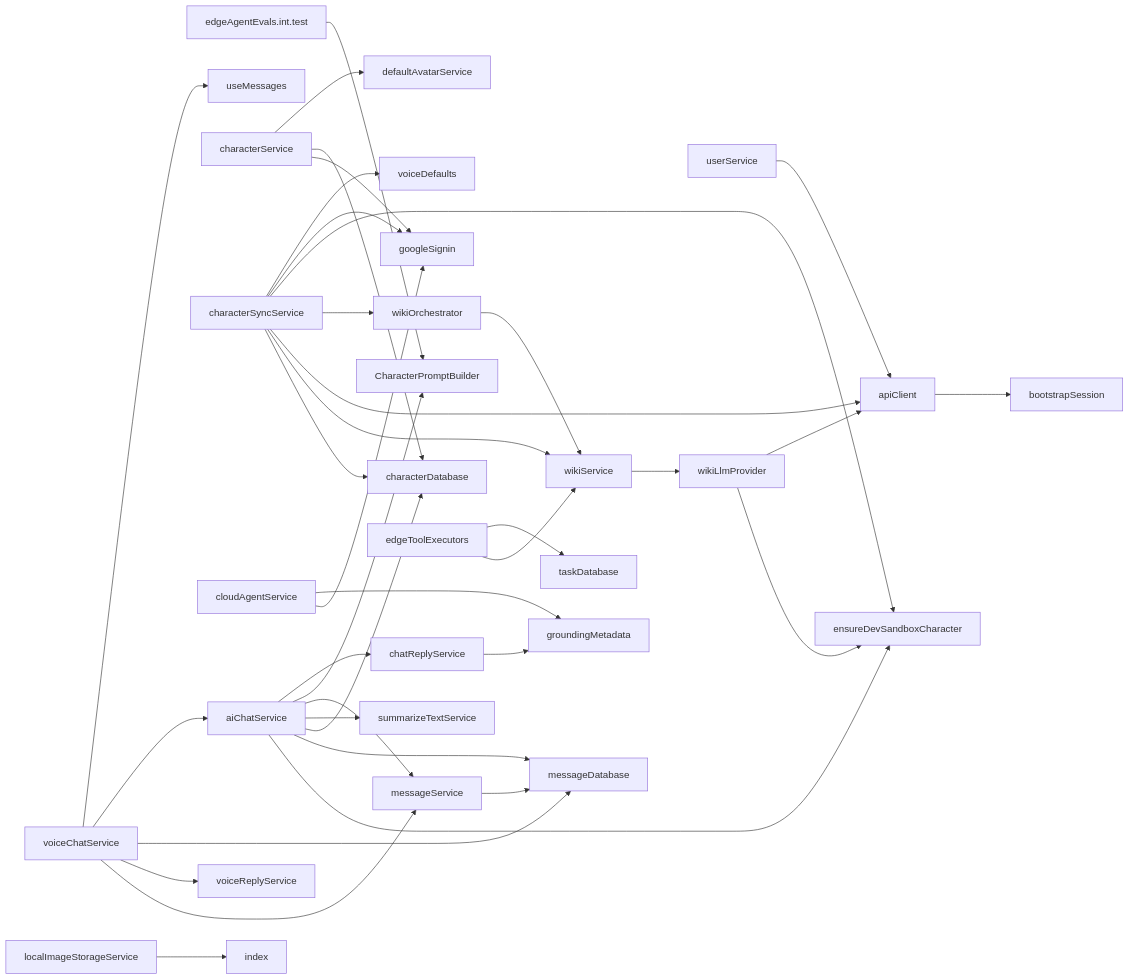
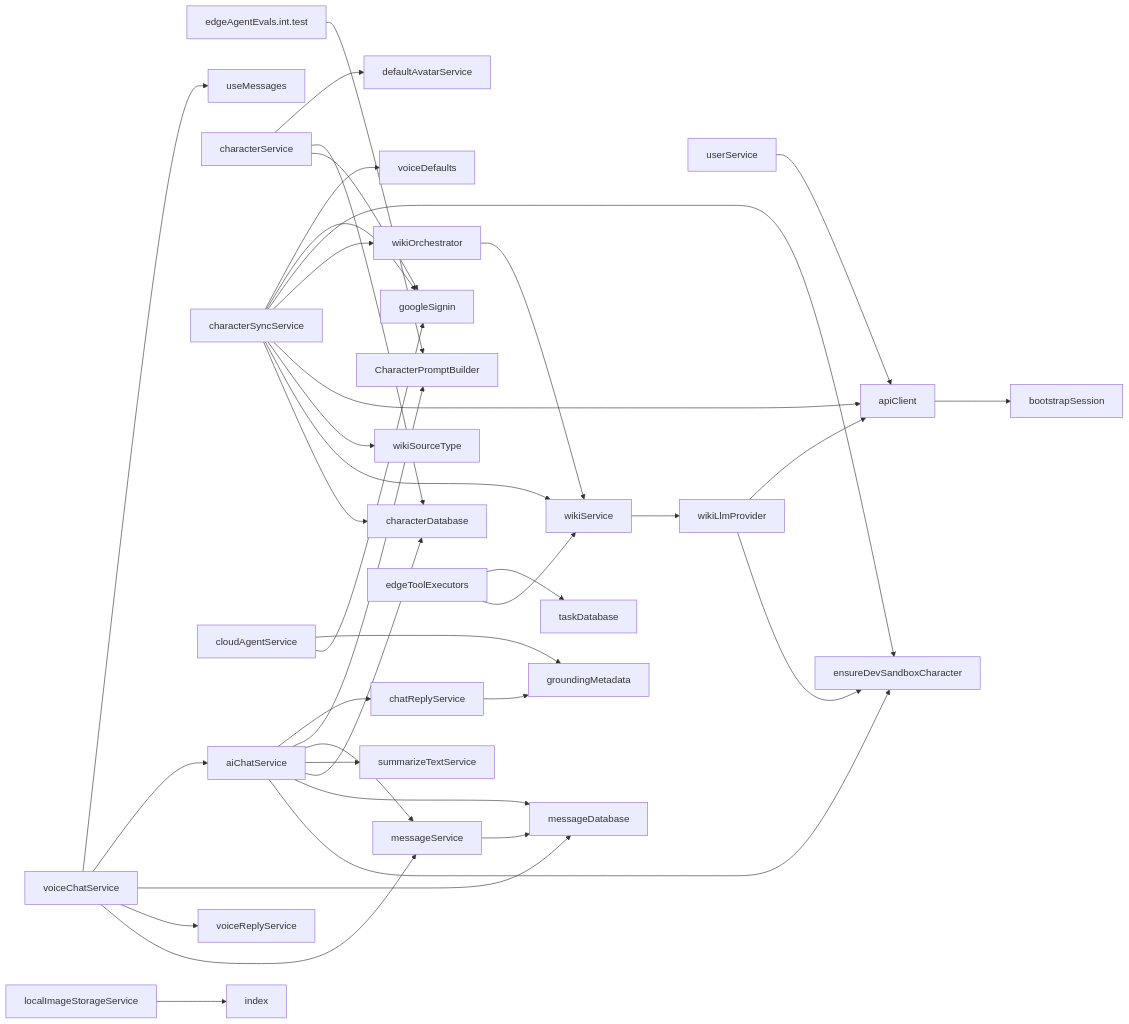
The diagram in docs/flowcharts/SERVICES.md (equationalapplications/clanker), drawn with Mermaid before and after one commit. The commit also changed 3 other files, not shown here.

First line of the commit message:
chore(flowcharts): regenerate dependency charts

````diff
--- a/docs/flowcharts/SERVICES.md
+++ b/docs/flowcharts/SERVICES.md
@@ -4,39 +4,40 @@
 ```mermaid
 graph LR
   edgeAgentEvals.int.test --> CharacterPromptBuilder
   aiChatService --> ensureDevSandboxCharacter
   aiChatService --> messageDatabase
   aiChatService --> characterDatabase
   aiChatService --> summarizeTextService
   aiChatService --> messageService
   aiChatService --> CharacterPromptBuilder
   aiChatService --> chatReplyService
   apiClient --> bootstrapSession
   characterService --> googleSignin
   characterService --> characterDatabase
   characterService --> defaultAvatarService
   characterSyncService --> characterDatabase
   characterSyncService --> wikiService
+  characterSyncService --> wikiSourceType
   characterSyncService --> apiClient
   characterSyncService --> wikiOrchestrator
   characterSyncService --> ensureDevSandboxCharacter
   characterSyncService --> googleSignin
   characterSyncService --> voiceDefaults
   chatReplyService --> groundingMetadata
   cloudAgentService --> googleSignin
   cloudAgentService --> groundingMetadata
   edgeToolExecutors --> wikiService
   edgeToolExecutors --> taskDatabase
   localImageStorageService --> index
   messageService --> messageDatabase
   userService --> apiClient
   voiceChatService --> messageService
   voiceChatService --> voiceReplyService
   voiceChatService --> messageDatabase
   voiceChatService --> aiChatService
   voiceChatService --> useMessages
   wikiLlmProvider --> ensureDevSandboxCharacter
   wikiLlmProvider --> apiClient
   wikiOrchestrator --> wikiService
   wikiService --> wikiLlmProvider
 ```
````
